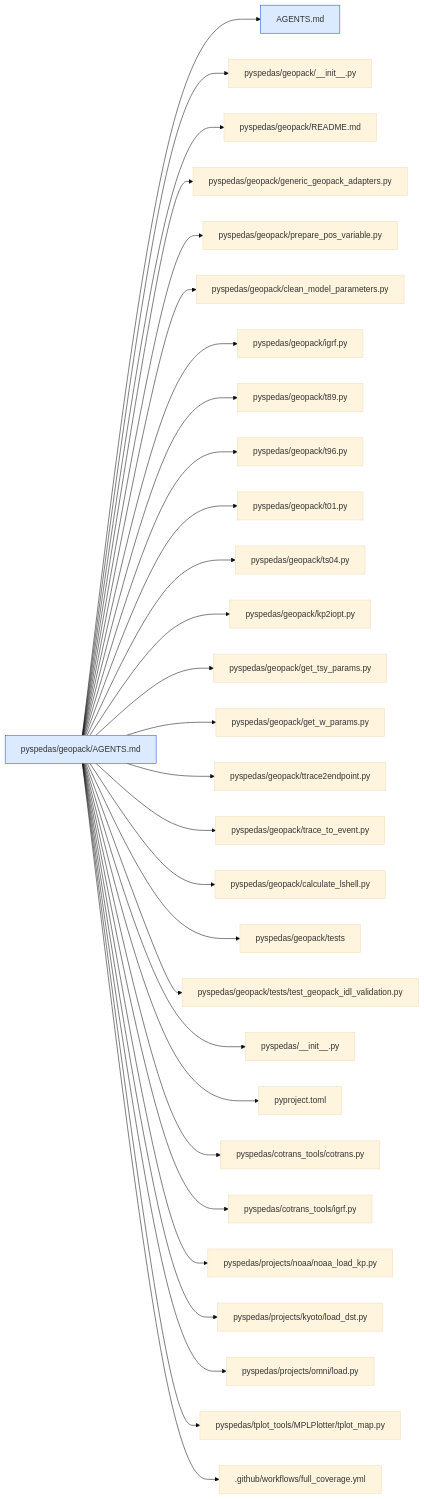
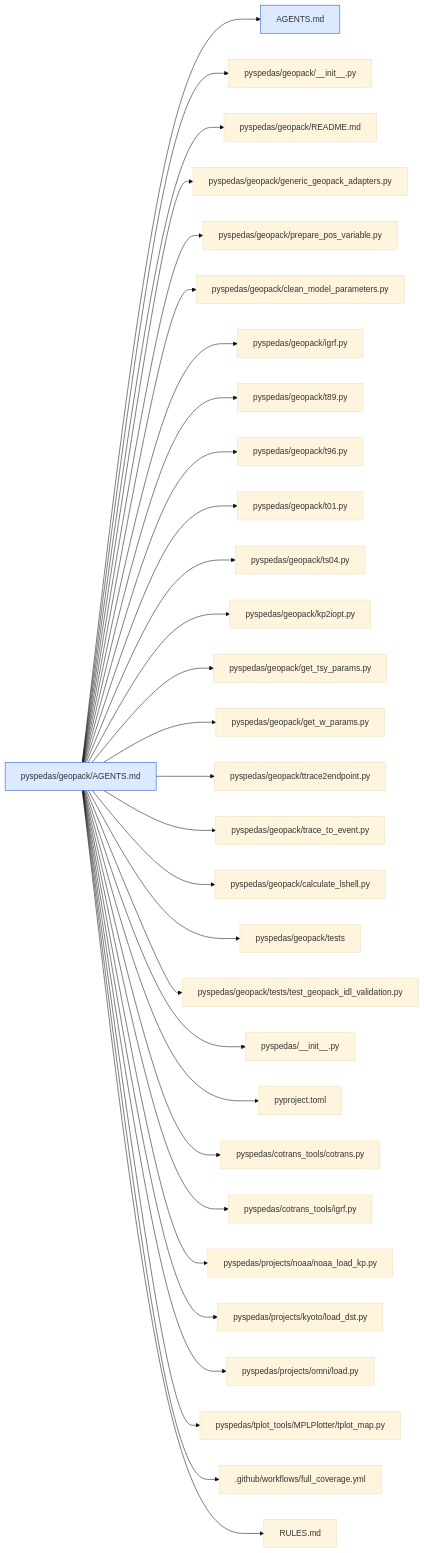
The sixth of 44 diagrams in .agents/map/MAP.md (spedas/pyspedas), drawn with Mermaid (base theme) before and after one commit. The commit also changed other lines of this file and 75 other files, not shown here.

````diff
--- a/.agents/map/MAP.md
+++ b/.agents/map/MAP.md
@@ -352,34 +366,35 @@
 ```mermaid
 graph LR
   classDef agents fill:#dbeafe,stroke:#1d4ed8
   classDef missing fill:#fee2e2,stroke:#b91c1c,stroke-dasharray:4
   self["pyspedas/geopack/AGENTS.md"]:::agents
   self --> r0["AGENTS.md"]:::agents
   self --> r1["pyspedas/geopack/__init__.py"]
   self --> r2["pyspedas/geopack/README.md"]
   self --> r3["pyspedas/geopack/generic_geopack_adapters.py"]
   self --> r4["pyspedas/geopack/prepare_pos_variable.py"]
   self --> r5["pyspedas/geopack/clean_model_parameters.py"]
   self --> r6["pyspedas/geopack/igrf.py"]
   self --> r7["pyspedas/geopack/t89.py"]
   self --> r8["pyspedas/geopack/t96.py"]
   self --> r9["pyspedas/geopack/t01.py"]
   self --> r10["pyspedas/geopack/ts04.py"]
   self --> r11["pyspedas/geopack/kp2iopt.py"]
   self --> r12["pyspedas/geopack/get_tsy_params.py"]
   self --> r13["pyspedas/geopack/get_w_params.py"]
   self --> r14["pyspedas/geopack/ttrace2endpoint.py"]
   self --> r15["pyspedas/geopack/trace_to_event.py"]
   self --> r16["pyspedas/geopack/calculate_lshell.py"]
   self --> r17["pyspedas/geopack/tests"]
   self --> r18["pyspedas/geopack/tests/test_geopack_idl_validation.py"]
   self --> r19["pyspedas/__init__.py"]
   self --> r20["pyproject.toml"]
   self --> r21["pyspedas/cotrans_tools/cotrans.py"]
   self --> r22["pyspedas/cotrans_tools/igrf.py"]
   self --> r23["pyspedas/projects/noaa/noaa_load_kp.py"]
   self --> r24["pyspedas/projects/kyoto/load_dst.py"]
   self --> r25["pyspedas/projects/omni/load.py"]
   self --> r26["pyspedas/tplot_tools/MPLPlotter/tplot_map.py"]
   self --> r27[".github/workflows/full_coverage.yml"]
+  self --> r28["RULES.md"]
 ```
````
